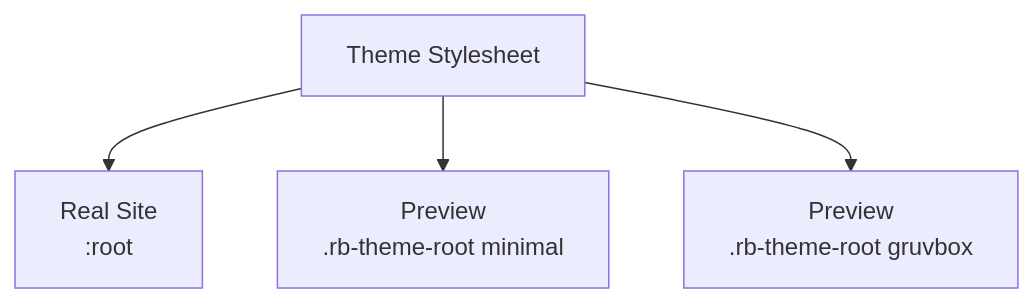
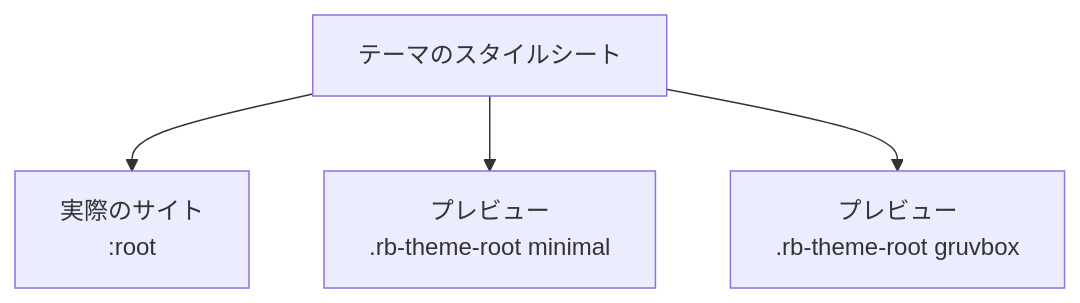
Before and after one commit to Rerurate514/riebeckite: the fifth of 10 diagrams in docs/docs/reference/theme-api.ja.md, drawn with Mermaid. The commit also changed other lines of this file and 310 other files, not shown here.

````diff
--- a/docs/docs/reference/theme-api.ja.md
+++ b/docs/docs/reference/theme-api.ja.md
@@ -405,8 +344,8 @@
 ```mermaid id="vmzpsr"
 flowchart TD
-    CSS["Theme Stylesheet"]
+    CSS["テーマのスタイルシート"]
 
-    CSS --> Site["Real Site<br/>:root"]
-    CSS --> PreviewA["Preview<br/>.rb-theme-root minimal"]
-    CSS --> PreviewB["Preview<br/>.rb-theme-root gruvbox"]
+    CSS --> Site["実際のサイト<br/>:root"]
+    CSS --> PreviewA["プレビュー<br/>.rb-theme-root minimal"]
+    CSS --> PreviewB["プレビュー<br/>.rb-theme-root gruvbox"]
 ```
````
